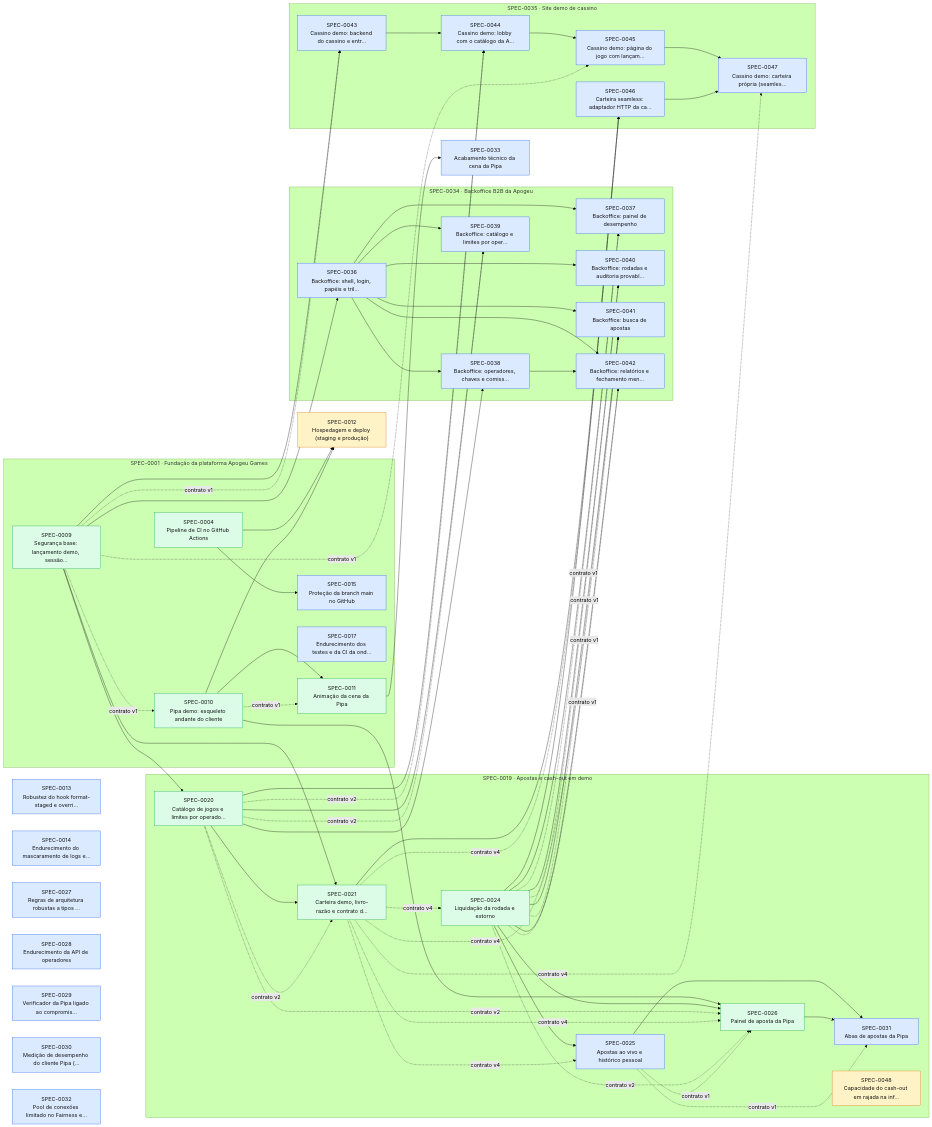
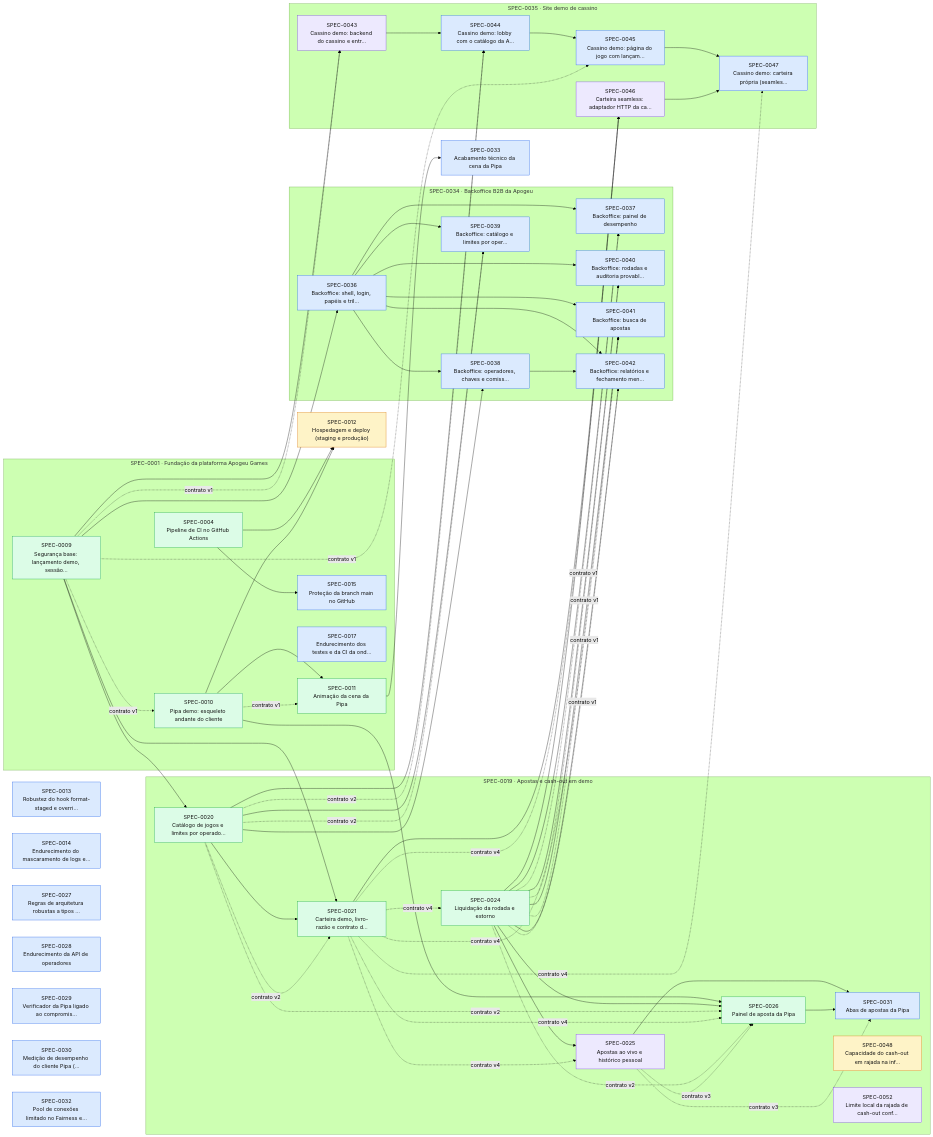
One commit to thomasravache/crash-games-provider changed the diagram in docs/specs/INDEX.md. Above: the diagram before and after it, drawn with Mermaid (forest theme). The commit also changed other lines of this file and 1 other file, not shown here.

First line of the commit message:
docs(sdd): SPEC-0052 limite local da rajada de cash-out por máquina

```diff
--- a/docs/specs/INDEX.md
+++ b/docs/specs/INDEX.md
@@ -114,10 +116,11 @@
     S0020["SPEC-0020<br/>Catálogo de jogos e limites por operado…"]:::implemented
     S0021["SPEC-0021<br/>Carteira demo, livro-razão e contrato d…"]:::implemented
     S0024["SPEC-0024<br/>Liquidação da rodada e estorno"]:::implemented
-    S0025["SPEC-0025<br/>Apostas ao vivo e histórico pessoal"]:::approved
+    S0025["SPEC-0025<br/>Apostas ao vivo e histórico pessoal"]:::inprogress
     S0026["SPEC-0026<br/>Painel de aposta da Pipa"]:::implemented
     S0031["SPEC-0031<br/>Abas de apostas da Pipa"]:::approved
     S0048["SPEC-0048<br/>Capacidade do cash-out em rajada na inf…"]:::proposed
+    S0052["SPEC-0052<br/>Limite local da rajada de cash-out conf…"]:::inprogress
   end
   subgraph E0034["SPEC-0034 · Backoffice B2B da Apogeu"]
     S0036["SPEC-0036<br/>Backoffice: shell, login, papéis e tril…"]:::approved
@@ -129,10 +132,10 @@
     S0042["SPEC-0042<br/>Backoffice: relatórios e fechamento men…"]:::approved
   end
   subgraph E0035["SPEC-0035 · Site demo de cassino"]
-    S0043["SPEC-0043<br/>Cassino demo: backend do cassino e entr…"]:::approved
+    S0043["SPEC-0043<br/>Cassino demo: backend do cassino e entr…"]:::inprogress
     S0044["SPEC-0044<br/>Cassino demo: lobby com o catálogo da A…"]:::approved
     S0045["SPEC-0045<br/>Cassino demo: página do jogo com lançam…"]:::approved
-    S0046["SPEC-0046<br/>Carteira seamless: adaptador HTTP da ca…"]:::approved
+    S0046["SPEC-0046<br/>Carteira seamless: adaptador HTTP da ca…"]:::inprogress
     S0047["SPEC-0047<br/>Cassino demo: carteira própria (seamles…"]:::approved
   end
   S0009 -. contrato v1 .-> S0010
@@ -153,10 +156,10 @@
   S0020 -. contrato v2 .-> S0026
   S0021 -. contrato v4 .-> S0026
   S0024 -. contrato v2 .-> S0026
-  S0025 -. contrato v1 .-> S0026
+  S0025 -. contrato v3 .-> S0026
   S0025 --> S0031
   S0026 --> S0031
-  S0025 -. contrato v1 .-> S0031
+  S0025 -. contrato v3 .-> S0031
   S0011 --> S0033
   S0009 --> S0036
   S0036 --> S0037
```
